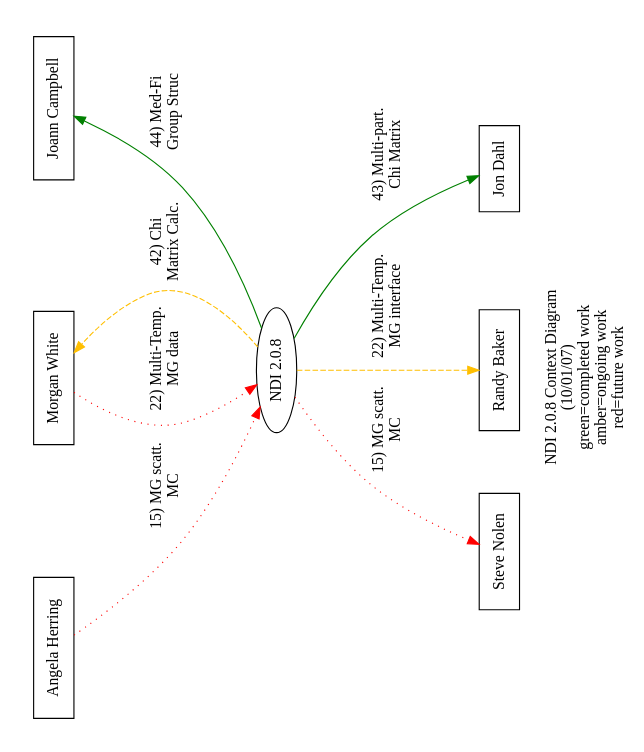
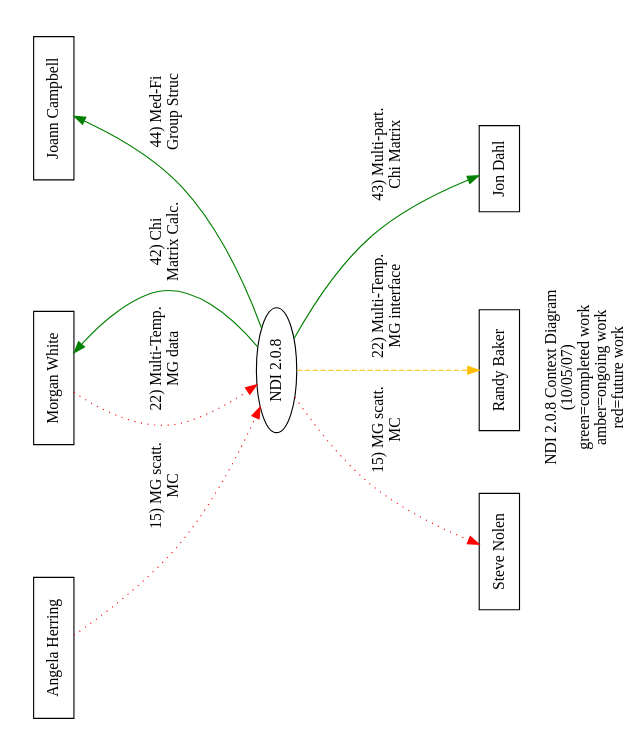
Before and after one commit to lanl/ndi: the diagram in doc/reqt/context_2.0.8.dot, drawn with Graphviz. The commit also changed 6 other files, not shown here.

Commit message:
implemented and tested chi matrix calculations

```diff
--- a/doc/reqt/context_2.0.8.dot
+++ b/doc/reqt/context_2.0.8.dot
@@ -1,40 +1,40 @@
 digraph ndi {
 	rotate=90;
 	page="8.5, 11";
 	size="9, 6.5";
 	center=1;
 	ratio=fill;	
-	label="NDI 2.0.8 Context Diagram\n(10/01/07)\ngreen=completed work\namber=ongoing work\nred=future work";
+	label="NDI 2.0.8 Context Diagram\n(10/05/07)\ngreen=completed work\namber=ongoing work\nred=future work";
 	node[shape="box"];
 
 	/* stakeholders */
 	drnuke[label="Steve Nolen"];
 	angelah[label="Angela Herring"];
 	morgan[label="Morgan White"];
 	jomc[label="Joann Campbell"];
 	rsb[label="Randy Baker"];
 	dahl[label="Jon Dahl"];
 
 	/* requirements */
 	ndi[label="NDI 2.0.8", shape="ellipse"];
 	
 	angelah -> ndi[label="15) MG scatt.\nMC", style=dotted, color=red];
 	ndi -> drnuke[label="15) MG scatt.\nMC", style=dotted, color=red];
 
 	morgan -> ndi[label="22) Multi-Temp.\n MG data",
 	style=dotted, color=red];
 	ndi -> rsb[label="22) Multi-Temp.\nMG interface",
 	style=dashed, color="#FFBF00"];
 
-	ndi -> morgan[label="42) Chi\nMatrix Calc.", style=dashed,
-	color="#FFBF00" ];
+	ndi -> morgan[label="42) Chi\nMatrix Calc.", style=solid,
+	color=green];
 
 	ndi -> dahl[label="43) Multi-part.\nChi Matrix", style=solid,
 	color=green];
 
 	ndi-> jomc[label="44) Med-Fi\nGroup Struc", style=solid,
 	color=green ];
 
 	{rank=min; angelah; morgan; jomc}
 	{rank=max; drnuke; rsb; dahl}
 }
```
